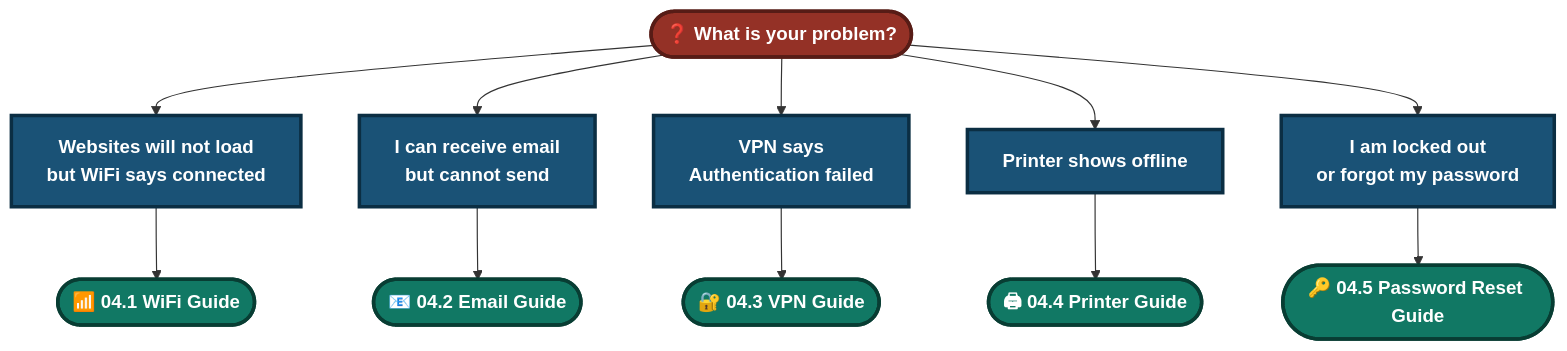
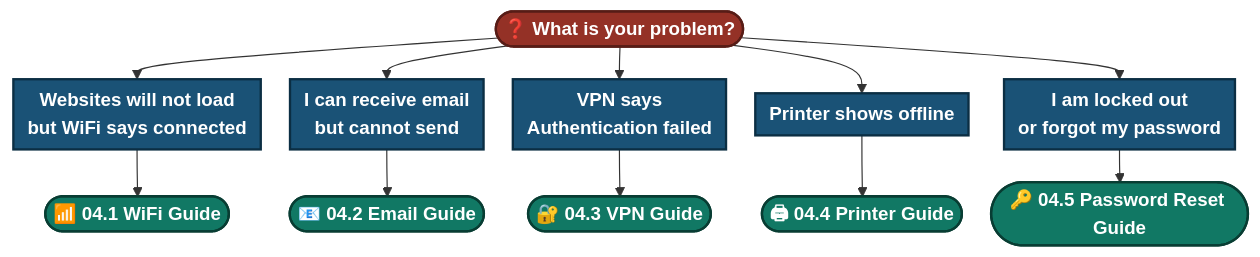
Before and after one commit to malaika-azhar/Customer-Tech-Support-Portfolio: the diagram in 04-Solution-guides/README.md, drawn with Mermaid.

````diff
--- a/04-Solution-guides/README.md
+++ b/04-Solution-guides/README.md
@@ -45,17 +45,18 @@
 ```mermaid
+%%{init: {'flowchart': {'nodeSpacing': 25, 'rankSpacing': 28, 'padding': 6}}}%%
 flowchart TD
     A(["❓ What is your problem?"]):::start --> B["Websites will not load<br/>but WiFi says connected"]:::step
     A --> C["I can receive email<br/>but cannot send"]:::step
     A --> D["VPN says<br/>Authentication failed"]:::step
     A --> E["Printer shows offline"]:::step
     A --> F["I am locked out<br/>or forgot my password"]:::step
     B --> B1(["📶 04.1 WiFi Guide"]):::fix
     C --> C1(["📧 04.2 Email Guide"]):::fix
     D --> D1(["🔐 04.3 VPN Guide"]):::fix
     E --> E1(["🖨 04.4 Printer Guide"]):::fix
     F --> F1(["🔑 04.5 Password Reset Guide"]):::fix
 
-    classDef start fill:#943126,stroke:#571C16,stroke-width:3px,color:#FFFFFF,font-weight:bold
-    classDef step fill:#1A5276,stroke:#0B2E43,stroke-width:3px,color:#FFFFFF,font-weight:bold
-    classDef fix fill:#117864,stroke:#083D33,stroke-width:3px,color:#FFFFFF,font-weight:bold
+    classDef start fill:#943126,stroke:#571C16,stroke-width:2px,color:#FFFFFF,font-weight:bold
+    classDef step fill:#1A5276,stroke:#0B2E43,stroke-width:2px,color:#FFFFFF,font-weight:bold
+    classDef fix fill:#117864,stroke:#083D33,stroke-width:2px,color:#FFFFFF,font-weight:bold
 ```
````
